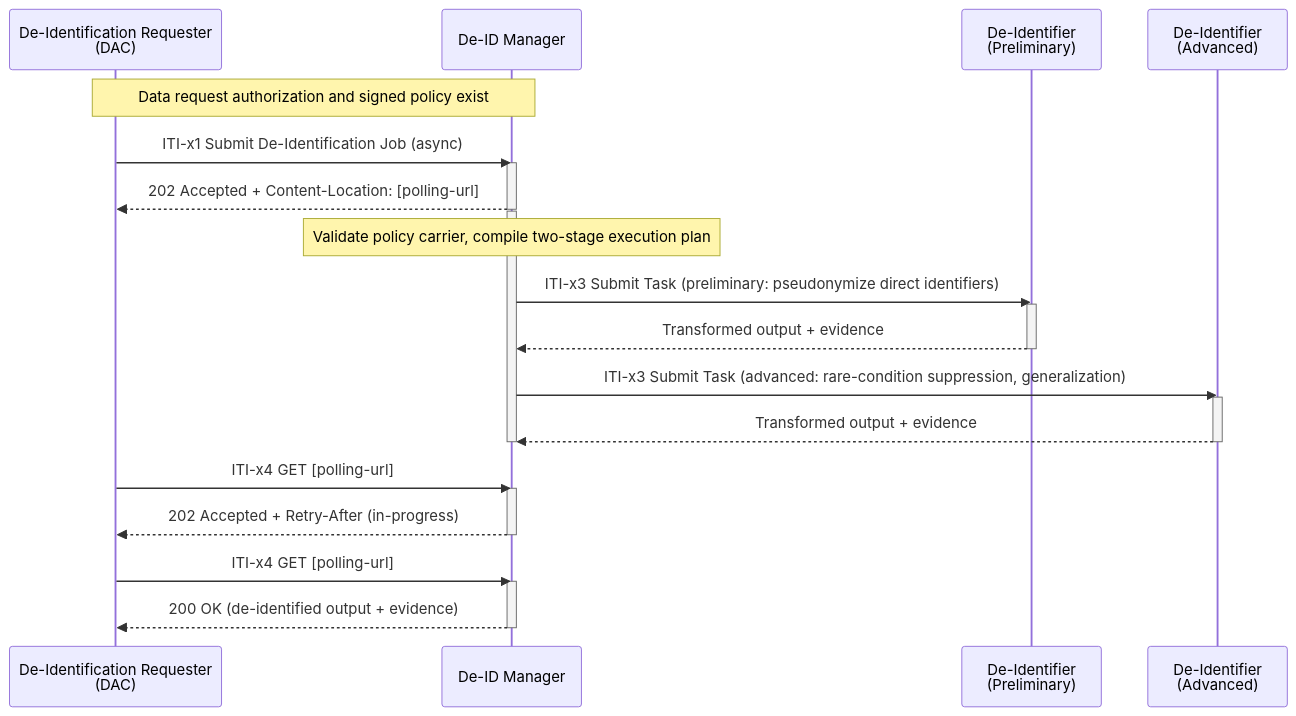
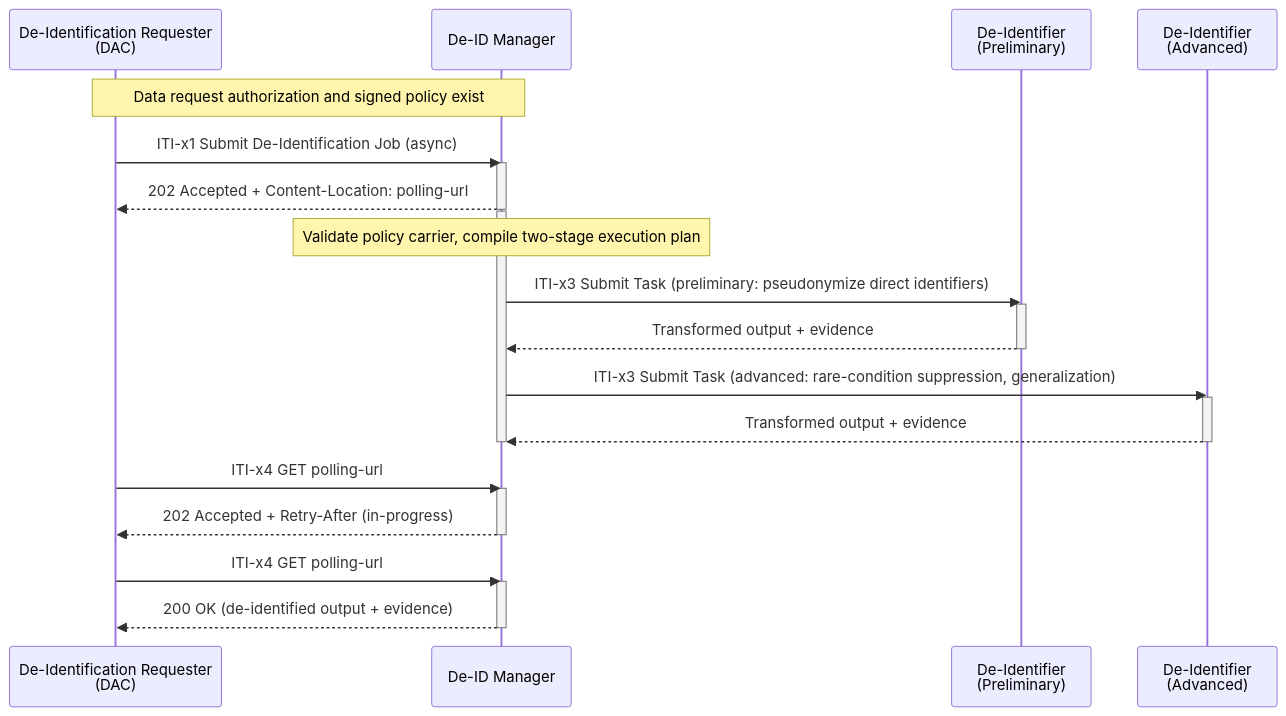
Before and after one commit to IHE/ITI.DIS: the second of 6 diagrams in input/pagecontent/volume-1.md, drawn with Mermaid. The commit also changed other lines of this file, not shown here.

Commit message:
Fix mermaid rendering by removing square brackets from polling-url
Square brackets are interpreted as link syntax in mermaid sequence
diagrams, breaking rendering of UC-1 and UC-2 process flows.

````diff
--- a/input/pagecontent/volume-1.md
+++ b/input/pagecontent/volume-1.md
@@ -233,38 +233,38 @@
 ```mermaid
 sequenceDiagram
     participant DAC as De-Identification Requester<br/>(DAC)
     participant MGR as De-ID Manager
     participant DI_P as De-Identifier<br/>(Preliminary)
     participant DI_A as De-Identifier<br/>(Advanced)
 
     Note over DAC,MGR: Data request authorization and signed policy exist
 
     DAC->>MGR: ITI-x1 Submit De-Identification Job (async)
     activate MGR
-    MGR-->>DAC: 202 Accepted + Content-Location: [polling-url]
+    MGR-->>DAC: 202 Accepted + Content-Location: polling-url
     deactivate MGR
 
     activate MGR
     Note over MGR: Validate policy carrier, compile two-stage execution plan
 
     MGR->>DI_P: ITI-x3 Submit Task (preliminary: pseudonymize direct identifiers)
     activate DI_P
     DI_P-->>MGR: Transformed output + evidence
     deactivate DI_P
 
     MGR->>DI_A: ITI-x3 Submit Task (advanced: rare-condition suppression, generalization)
     activate DI_A
     DI_A-->>MGR: Transformed output + evidence
     deactivate DI_A
     deactivate MGR
 
-    DAC->>MGR: ITI-x4 GET [polling-url]
+    DAC->>MGR: ITI-x4 GET polling-url
     activate MGR
     MGR-->>DAC: 202 Accepted + Retry-After (in-progress)
     deactivate MGR
 
-    DAC->>MGR: ITI-x4 GET [polling-url]
+    DAC->>MGR: ITI-x4 GET polling-url
     activate MGR
     MGR-->>DAC: 200 OK (de-identified output + evidence)
     deactivate MGR
 ```
````
